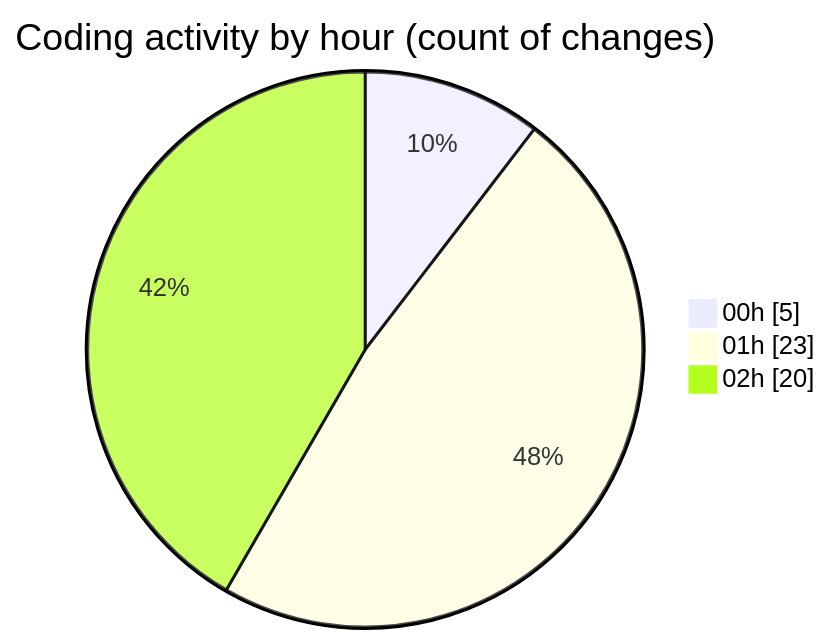
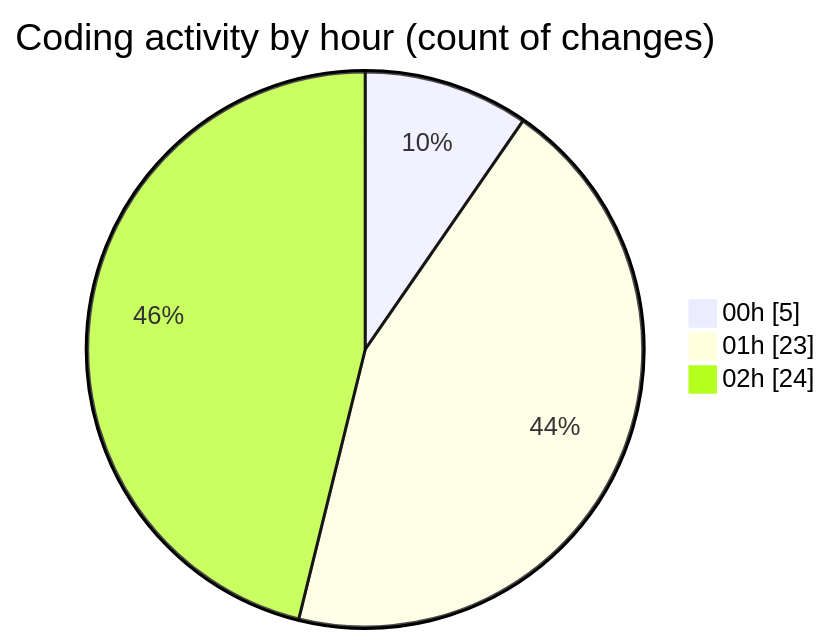
Before and after one commit to julien-gomy/code-tracking: the second of 2 diagrams in 2025-11-06/usr_aleoudev_fr__workspace_/README.md, drawn with Mermaid. The commit also changed other lines of this file and 1 other file, not shown here.

````diff
--- a/2025-11-06/usr_aleoudev_fr__workspace_/README.md
+++ b/2025-11-06/usr_aleoudev_fr__workspace_/README.md
@@ -33,7 +33,7 @@
 ```mermaid
 pie showData
 title Coding activity by hour (count of changes)
 "00h" : 5
 "01h" : 23
-"02h" : 20
+"02h" : 24
 ```
````
